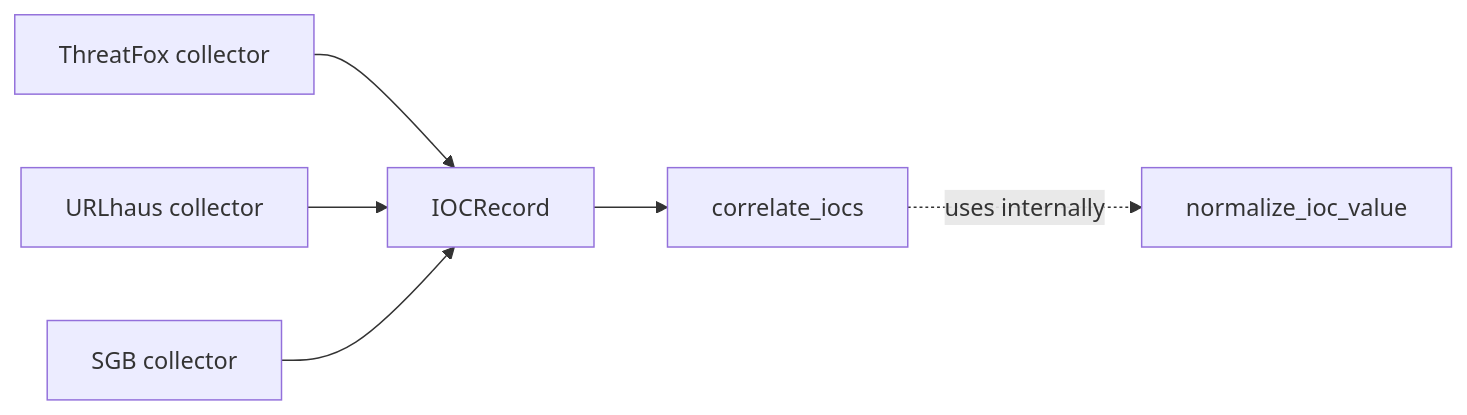
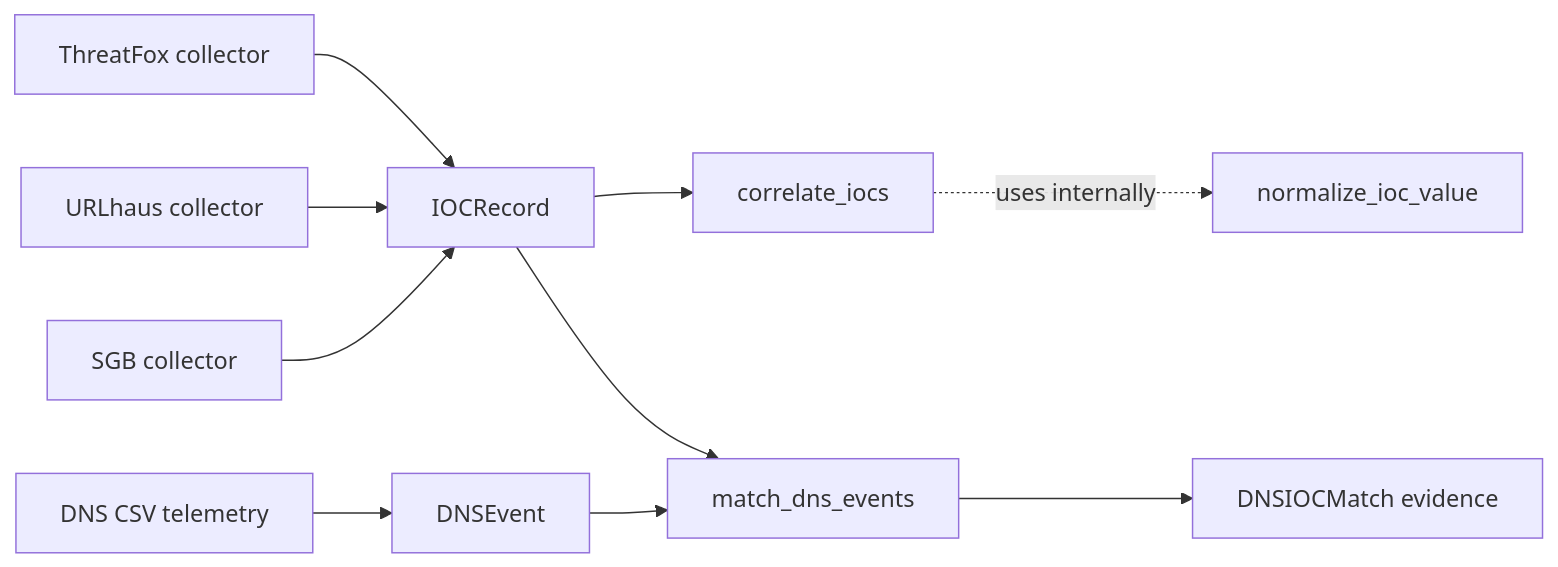
One commit to ConquestorYa/threatfusion-ai changed the first of 2 diagrams in docs/ARCHITECTURE.md. Above: the diagram before and after it, drawn with Mermaid. The commit also changed other lines of this file and 2 other files, not shown here.

Commit message:
docs: document DNS ingestion and IOC matching

````diff
--- a/docs/ARCHITECTURE.md
+++ b/docs/ARCHITECTURE.md
@@ -7,8 +7,12 @@
 ```mermaid
 flowchart LR
     ThreatFox[ThreatFox collector] --> Record[IOCRecord]
     URLhaus[URLhaus collector] --> Record
     SGB[SGB collector] --> Record
     Record --> Correlate[correlate_iocs]
     Correlate -. uses internally .-> Normalize[normalize_ioc_value]
+    DNSCSV[DNS CSV telemetry] --> DNS[DNSEvent]
+    DNS --> Match[match_dns_events]
+    Record --> Match
+    Match --> MatchResult[DNSIOCMatch evidence]
 ```
````
